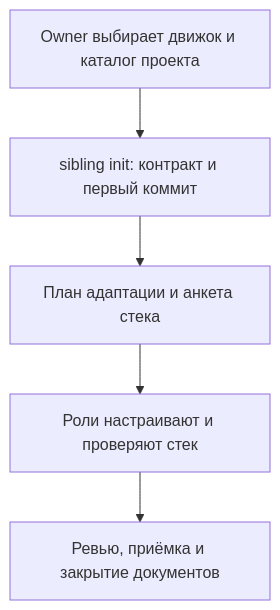
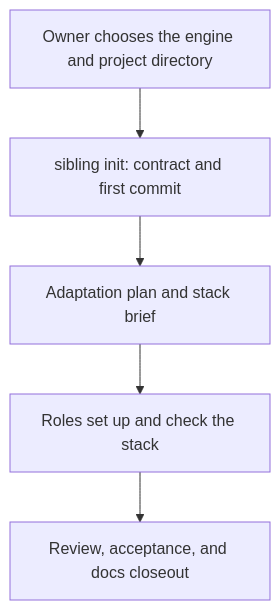
Before and after one commit to planveyor/planveyor: the diagram in docs/guides/learn/assets/sibling-lifecycle-1.mmd, drawn with Mermaid. The commit also changed 124 other files, not shown here.

```diff
--- a/docs/guides/learn/assets/sibling-lifecycle-1.mmd
+++ b/docs/guides/learn/assets/sibling-lifecycle-1.mmd
@@ -1,5 +1,5 @@
 flowchart TB
-A["Owner выбирает движок и каталог проекта"] --> B["sibling init: контракт и первый коммит"]
-B --> C["План адаптации и анкета стека"]
-C --> D["Роли настраивают и проверяют стек"]
-D --> E["Ревью, приёмка и закрытие документов"]
+A["Owner chooses the engine and project directory"] --> B["sibling init: contract and first commit"]
+B --> C["Adaptation plan and stack brief"]
+C --> D["Roles set up and check the stack"]
+D --> E["Review, acceptance, and docs closeout"]
```
